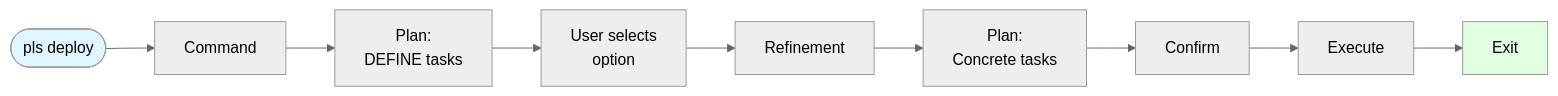
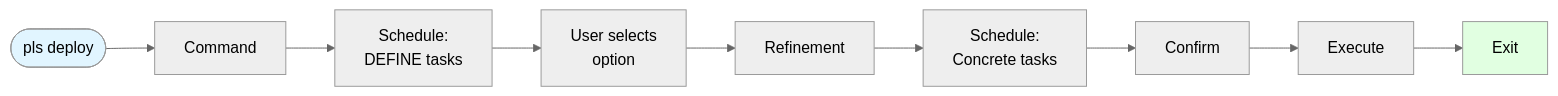
Before and after one commit to aswitalski/pls: diagram 16 of 18 in FLOWS.md, drawn with Mermaid (neutral theme). The commit also changed other lines of this file and 45 other files, not shown here.

````diff
--- a/FLOWS.md
+++ b/FLOWS.md
@@ -808,14 +808,14 @@
 ```mermaid
 flowchart LR
     Start([pls deploy]) --> Command[Command]
-    Command --> Plan1[Plan:<br/>DEFINE tasks]
+    Command --> Plan1[Schedule:<br/>DEFINE tasks]
     Plan1 --> UserSelect[User selects<br/>option]
     UserSelect --> Refine[Refinement]
-    Refine --> Plan2[Plan:<br/>Concrete tasks]
+    Refine --> Plan2[Schedule:<br/>Concrete tasks]
     Plan2 --> Confirm[Confirm]
     Confirm --> Execute[Execute]
     Execute --> Exit[Exit]
 
     style Start fill:#e1f5ff
     style Exit fill:#e1ffe1
 ```
````
